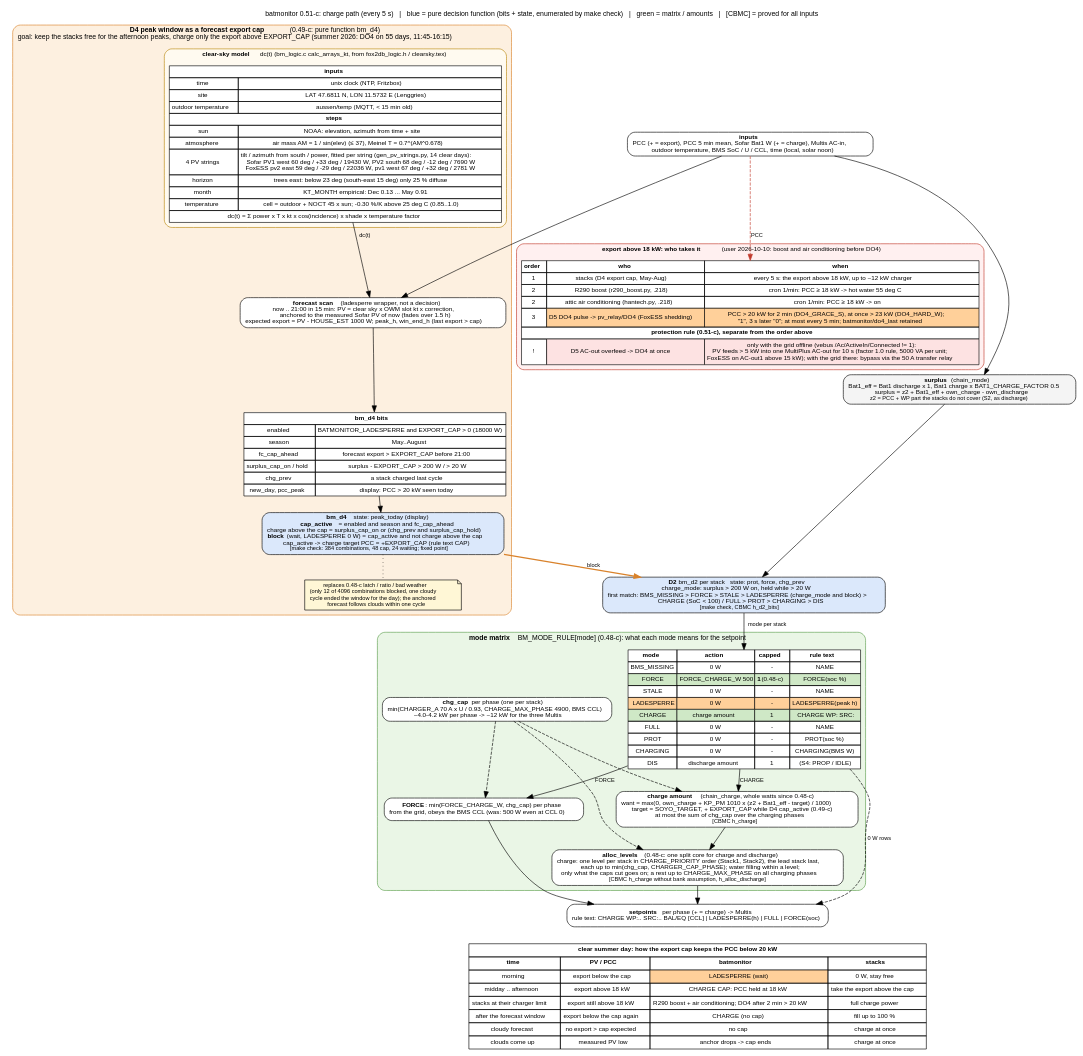
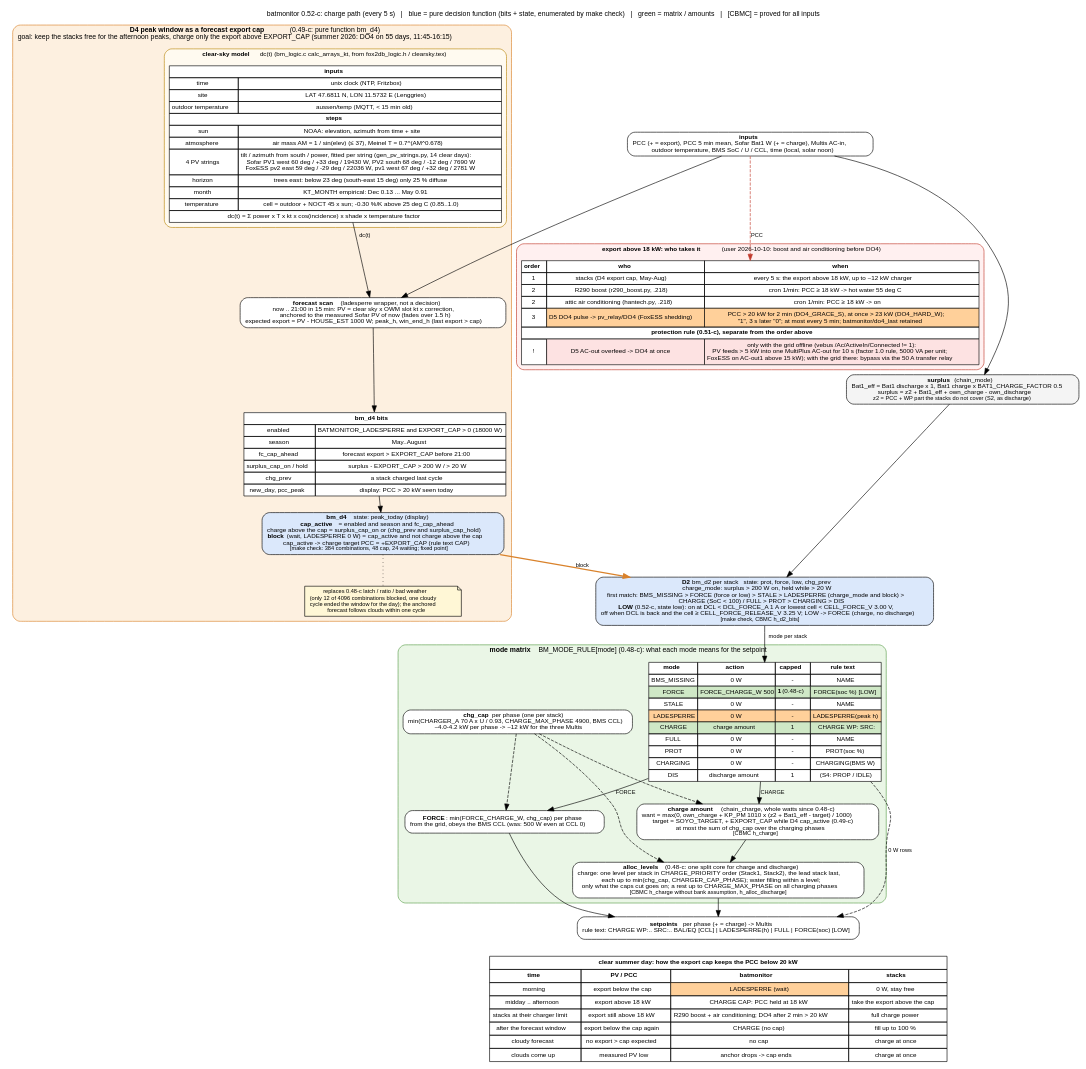
The diagram in docs/charge_flow.dot (gerontec/victron), drawn with Graphviz before and after one commit. The commit also changed 8 other files, not shown here.

Commit message:
docs: flow charts for batmonitor 0.52-c - lowest cell input, D2 state low, FORCE = SoC force or LOW (DCL 0 / cell < 3.00 V, release DCL back and cell >= 3.25 V)

```diff
--- a/docs/charge_flow.dot
+++ b/docs/charge_flow.dot
@@ -1,123 +1,123 @@
-// batmonitor 0.51-c: charge path of one cycle as decision matrices, with the summer peak window (D4 LADESPERRE)
+// batmonitor 0.52-c: charge path of one cycle as decision matrices, with the summer peak window (D4 LADESPERRE)
 // that keeps the stacks free in the morning so they take the midday PV and the PCC export stays below 20 kW.
 // render: dot -Tpdf charge_flow.dot -o charge_flow.pdf   (or -Tpng)
 digraph charge {
 	graph [rankdir=TB, fontname="Helvetica", fontsize=11, nodesep=0.35, ranksep=0.35, newrank=true,
-		   label="batmonitor 0.51-c: charge path (every 5 s)   |   blue = pure decision function (bits + state, enumerated by make check)   |   green = matrix / amounts   |   [CBMC] = proved for all inputs",
+		   label="batmonitor 0.52-c: charge path (every 5 s)   |   blue = pure decision function (bits + state, enumerated by make check)   |   green = matrix / amounts   |   [CBMC] = proved for all inputs",
 		   labelloc=t];
 	node [shape=box, style="rounded,filled", fillcolor="#f4f4f4", fontname="Helvetica", fontsize=10];
 	edge [fontname="Helvetica", fontsize=9];
 
 	in [label=<<b>inputs</b><br/>PCC (+ = export), PCC 5 min mean, Sofar Bat1 W (+ = charge), Multis AC-in,<br/>outdoor temperature, BMS SoC / U / CCL, time (local, solar noon)>, fillcolor="#ffffff"];
 
 	surplus [label=<<b>surplus</b> (chain_mode)<br/>Bat1_eff = Bat1 discharge x 1, Bat1 charge x BAT1_CHARGE_FACTOR 0.5<br/>surplus = z2 + Bat1_eff + own_charge - own_discharge<br/><font point-size="9">z2 = PCC + WP part the stacks do not cover (S2, as discharge)</font>>];
 
 	subgraph cluster_d4 {
 		label=<<b>D4 peak window as a forecast export cap</b> (0.49-c: pure function bm_d4)<br/>goal: keep the stacks free for the afternoon peaks, charge only the export above EXPORT_CAP (summer 2026: DO4 on 55 days, 11:45-16:15)>;
 		style="rounded,filled"; fillcolor="#fdf0e0"; color="#d9822b"; fontsize=11;
 		subgraph cluster_sky {
 			label=<<b>clear-sky model</b> dc(t) (bm_logic.c calc_arrays_kt, from fox2db_logic.h / clearsky.tex)>;
 			style="rounded,filled"; fillcolor="#fffaf0"; color="#b8860b"; fontsize=10;
 			sky [shape=plain, label=<
 				<table border="0" cellborder="1" cellspacing="0" cellpadding="3" bgcolor="#ffffff">
 				<tr><td colspan="2"><b>inputs</b></td></tr>
 				<tr><td>time</td><td>unix clock (NTP, Fritzbox)</td></tr>
 				<tr><td>site</td><td>LAT 47.6811 N, LON 11.5732 E (Lenggries)</td></tr>
 				<tr><td>outdoor temperature</td><td>aussen/temp (MQTT, &lt; 15 min old)</td></tr>
 				<tr><td colspan="2"><b>steps</b></td></tr>
 				<tr><td>sun</td><td>NOAA: elevation, azimuth from time + site</td></tr>
 				<tr><td>atmosphere</td><td>air mass AM = 1 / sin(elev) (&le; 37), Meinel T = 0.7^(AM^0.678)</td></tr>
 				<tr><td>4 PV strings</td><td>tilt / azimuth from south / power, fitted per string (gen_pv_strings.py, 14 clear days):<br/>Sofar PV1 west 60 deg / +33 deg / 19430 W, PV2 south 68 deg / -12 deg / 7690 W<br/>FoxESS pv2 east 59 deg / -29 deg / 22036 W, pv1 west 67 deg / +32 deg / 2781 W</td></tr>
 				<tr><td>horizon</td><td>trees east: below 23 deg (south-east 15 deg) only 25 % diffuse</td></tr>
 				<tr><td>month</td><td>KT_MONTH empirical: Dec 0.13 ... May 0.91</td></tr>
 				<tr><td>temperature</td><td>cell = outdoor + NOCT 45 x sun; -0.30 %/K above 25 deg C (0.85..1.0)</td></tr>
 				<tr><td colspan="2">dc(t) = &Sigma; power x T x kt x cos(incidence) x shade x temperature factor</td></tr>
 				</table>>];
 		}
 		model [label=<<b>forecast scan</b> (ladesperre wrapper, not a decision)<br/>now .. 21:00 in 15 min: PV = clear sky x OWM slot kt x correction,<br/>anchored to the measured Sofar PV of now (fades over 1.5 h)<br/>expected export = PV - HOUSE_EST 1000 W; peak_h, win_end_h (last export &gt; cap)>, fillcolor="#ffffff"];
 		sky -> model [label=" dc(t)"];
 		d4bits [shape=plain, label=<
 			<table border="0" cellborder="1" cellspacing="0" cellpadding="3" bgcolor="#ffffff">
 			<tr><td colspan="2"><b>bm_d4 bits</b></td></tr>
 			<tr><td>enabled</td><td>BATMONITOR_LADESPERRE and EXPORT_CAP &gt; 0 (18000 W)</td></tr>
 			<tr><td>season</td><td>May..August</td></tr>
 			<tr><td>fc_cap_ahead</td><td>forecast export &gt; EXPORT_CAP before 21:00</td></tr>
 			<tr><td>surplus_cap_on / hold</td><td>surplus - EXPORT_CAP &gt; 200 W / &gt; 20 W</td></tr>
 			<tr><td>chg_prev</td><td>a stack charged last cycle</td></tr>
 			<tr><td>new_day, pcc_peak</td><td>display: PCC &gt; 20 kW seen today</td></tr>
 			</table>>];
 		d4 [label=<<b>bm_d4</b>   state: peak_today (display)<br/><b>cap_active</b> = enabled and season and fc_cap_ahead<br/>charge above the cap = surplus_cap_on or (chg_prev and surplus_cap_hold)<br/><b>block</b> (wait, LADESPERRE 0 W) = cap_active and not charge above the cap<br/>cap_active -&gt; charge target PCC = +EXPORT_CAP (rule text CAP)<br/><font point-size="9">[make check: 384 combinations, 48 cap, 24 waiting; fixed point]</font>>, fillcolor="#dbe8fb"];
 		note_ls [shape=note, fillcolor="#fff7d6", fontsize=9, label=<replaces 0.48-c latch / ratio / bad weather<br/>(only 12 of 4096 combinations blocked, one cloudy<br/>cycle ended the window for the day); the anchored<br/>forecast follows clouds within one cycle>];
 		model -> d4bits -> d4;
 		d4 -> note_ls [style=dotted, arrowhead=none];
 	}
 
-	d2 [label=<<b>D2</b> bm_d2 per stack   state: prot, force, chg_prev<br/>charge_mode: surplus &gt; 200 W on, held while &gt; 20 W<br/>first match: BMS_MISSING &gt; FORCE &gt; STALE &gt; LADESPERRE (charge_mode and block) &gt;<br/>CHARGE (SoC &lt; 100) / FULL &gt; PROT &gt; CHARGING &gt; DIS<br/><font point-size="9">[make check, CBMC h_d2_bits]</font>>, fillcolor="#dbe8fb"];
+	d2 [label=<<b>D2</b> bm_d2 per stack   state: prot, force, low, chg_prev<br/>charge_mode: surplus &gt; 200 W on, held while &gt; 20 W<br/>first match: BMS_MISSING &gt; FORCE (force or low) &gt; STALE &gt; LADESPERRE (charge_mode and block) &gt;<br/>CHARGE (SoC &lt; 100) / FULL &gt; PROT &gt; CHARGING &gt; DIS<br/><b>LOW</b> (0.52-c, state low): on at DCL &lt; DCL_FORCE_A 1 A or lowest cell &lt; CELL_FORCE_V 3.00 V,<br/>off when DCL is back and the cell &ge; CELL_FORCE_RELEASE_V 3.25 V; LOW -&gt; FORCE (charge, no discharge)<br/><font point-size="9">[make check, CBMC h_d2_bits]</font>>, fillcolor="#dbe8fb"];
 
 	subgraph cluster_mode {
 		label=<<b>mode matrix</b> BM_MODE_RULE[mode] (0.48-c): what each mode means for the setpoint>;
 		style="rounded,filled"; fillcolor="#eaf6e6"; color="#5a9e4b"; fontsize=11;
 		mrule [shape=plain, label=<
 			<table border="0" cellborder="1" cellspacing="0" cellpadding="3" bgcolor="#ffffff">
 			<tr><td><b>mode</b></td><td><b>action</b></td><td><b>capped</b></td><td><b>rule text</b></td></tr>
 			<tr><td>BMS_MISSING</td><td>0 W</td><td>-</td><td>NAME</td></tr>
-			<tr><td bgcolor="#cfe8c6">FORCE</td><td bgcolor="#cfe8c6">FORCE_CHARGE_W 500</td><td bgcolor="#cfe8c6"><b>1</b> (0.48-c)</td><td bgcolor="#cfe8c6">FORCE(soc %)</td></tr>
+			<tr><td bgcolor="#cfe8c6">FORCE</td><td bgcolor="#cfe8c6">FORCE_CHARGE_W 500</td><td bgcolor="#cfe8c6"><b>1</b> (0.48-c)</td><td bgcolor="#cfe8c6">FORCE(soc %) [LOW]</td></tr>
 			<tr><td>STALE</td><td>0 W</td><td>-</td><td>NAME</td></tr>
 			<tr><td bgcolor="#ffd09a">LADESPERRE</td><td bgcolor="#ffd09a">0 W</td><td bgcolor="#ffd09a">-</td><td bgcolor="#ffd09a">LADESPERRE(peak h)</td></tr>
 			<tr><td bgcolor="#cfe8c6">CHARGE</td><td bgcolor="#cfe8c6">charge amount</td><td bgcolor="#cfe8c6">1</td><td bgcolor="#cfe8c6">CHARGE WP: SRC:</td></tr>
 			<tr><td>FULL</td><td>0 W</td><td>-</td><td>NAME</td></tr>
 			<tr><td>PROT</td><td>0 W</td><td>-</td><td>PROT(soc %)</td></tr>
 			<tr><td>CHARGING</td><td>0 W</td><td>-</td><td>CHARGING(BMS W)</td></tr>
 			<tr><td>DIS</td><td>discharge amount</td><td>1</td><td>(S4: PROP / IDLE)</td></tr>
 			</table>>];
 		force [label=<<b>FORCE</b>: min(FORCE_CHARGE_W, chg_cap) per phase<br/>from the grid, obeys the BMS CCL (was: 500 W even at CCL 0)>, fillcolor="#ffffff"];
 		amount [label=<<b>charge amount</b> (chain_charge, whole watts since 0.48-c)<br/>want = max(0, own_charge + KP_PM 1010 x (z2 + Bat1_eff - target) / 1000)<br/>target = SOYO_TARGET, + EXPORT_CAP while D4 cap_active (0.49-c)<br/>at most the sum of chg_cap over the charging phases<br/><font point-size="9">[CBMC h_charge]</font>>, fillcolor="#ffffff"];
 		caps [label=<<b>chg_cap</b> per phase (one per stack)<br/>min(CHARGER_A 70 A x U / 0.93, CHARGE_MAX_PHASE 4900, BMS CCL)<br/>~4.0-4.2 kW per phase -&gt; ~12 kW for the three Multis>, fillcolor="#ffffff"];
 		alloc [label=<<b>alloc_levels</b> (0.48-c: one split core for charge and discharge)<br/>charge: one level per stack in CHARGE_PRIORITY order (Stack1, Stack2), the lead stack last,<br/>each up to min(chg_cap, CHARGER_CAP_PHASE); water filling within a level;<br/>only what the caps cut goes on; a rest up to CHARGE_MAX_PHASE on all charging phases<br/><font point-size="9">[CBMC h_charge without bank assumption, h_alloc_discharge]</font>>, fillcolor="#ffffff"];
 		mrule -> force [label=" FORCE"];
 		mrule -> amount [label=" CHARGE"];
 		caps -> amount [style=dashed];
 		caps -> alloc [style=dashed];
 		caps -> force [style=dashed];
 		amount -> alloc;
 	}
 
 	subgraph cluster_prio {
 		label=<<b>export above 18 kW: who takes it</b> (user 2026-10-10: boost and air conditioning before DO4)>;
 		style="rounded,filled"; fillcolor="#fff0f0"; color="#c0392b"; fontsize=10;
 		prio [shape=plain, label=<
 			<table border="0" cellborder="1" cellspacing="0" cellpadding="3" bgcolor="#ffffff">
 			<tr><td><b>order</b></td><td><b>who</b></td><td><b>when</b></td></tr>
 			<tr><td>1</td><td>stacks (D4 export cap, May-Aug)</td><td>every 5 s: the export above 18 kW, up to ~12 kW charger</td></tr>
 			<tr><td>2</td><td>R290 boost (r290_boost.py, .218)</td><td>cron 1/min: PCC &ge; 18 kW -&gt; hot water 55 deg C</td></tr>
 			<tr><td>2</td><td>attic air conditioning (hantech.py, .218)</td><td>cron 1/min: PCC &ge; 18 kW -&gt; on</td></tr>
 			<tr><td>3</td><td bgcolor="#ffd09a">D5 DO4 pulse -&gt; pv_relay/DO4 (FoxESS shedding)</td><td bgcolor="#ffd09a">PCC &gt; 20 kW for 2 min (DO4_GRACE_S), at once &gt; 23 kW (DO4_HARD_W);<br/>"1", 3 s later "0"; at most every 5 min; batmonitor/do4_last retained</td></tr>
 			<tr><td colspan="3"><b>protection rule (0.51-c), separate from the order above</b></td></tr>
 			<tr><td>!</td><td bgcolor="#fde2e2">D5 AC-out overfeed -&gt; DO4 at once</td><td bgcolor="#fde2e2">only with the grid offline (vebus /Ac/ActiveIn/Connected != 1):<br/>PV feeds &gt; 5 kW into one MultiPlus AC-out for 10 s (factor 1.0 rule, 5000 VA per unit;<br/>FoxESS on AC-out1 above 15 kW); with the grid there: bypass via the 50 A transfer relay</td></tr>
 			</table>>];
 	}
 
-	out [label=<<b>setpoints</b> per phase (+ = charge) -&gt; Multis<br/>rule text: CHARGE WP:.. SRC:.. BAL/EQ [CCL] | LADESPERRE(h) | FULL | FORCE(soc)>, fillcolor="#ffffff"];
+	out [label=<<b>setpoints</b> per phase (+ = charge) -&gt; Multis<br/>rule text: CHARGE WP:.. SRC:.. BAL/EQ [CCL] | LADESPERRE(h) | FULL | FORCE(soc) [LOW]>, fillcolor="#ffffff"];
 
 	timeline [shape=plain, label=<
 		<table border="0" cellborder="1" cellspacing="0" cellpadding="4" bgcolor="#ffffff">
 		<tr><td colspan="4"><b>clear summer day: how the export cap keeps the PCC below 20 kW</b></td></tr>
 		<tr><td><b>time</b></td><td><b>PV / PCC</b></td><td><b>batmonitor</b></td><td><b>stacks</b></td></tr>
 		<tr><td>morning</td><td>export below the cap</td><td bgcolor="#ffd09a">LADESPERRE (wait)</td><td>0 W, stay free</td></tr>
 		<tr><td>midday .. afternoon</td><td>export above 18 kW</td><td>CHARGE CAP: PCC held at 18 kW</td><td>take the export above the cap</td></tr>
 		<tr><td>stacks at their charger limit</td><td>export still above 18 kW</td><td>R290 boost + air conditioning; DO4 after 2 min &gt; 20 kW</td><td>full charge power</td></tr>
 		<tr><td>after the forecast window</td><td>export below the cap again</td><td>CHARGE (no cap)</td><td>fill up to 100 %</td></tr>
 		<tr><td>cloudy forecast</td><td>no export &gt; cap expected</td><td>no cap</td><td>charge at once</td></tr>
 		<tr><td>clouds come up</td><td>measured PV low</td><td>anchor drops -&gt; cap ends</td><td>charge at once</td></tr>
 		</table>>];
 
 	in -> surplus -> d2;
 	in -> model;
 	in -> prio [style=dashed, label=" PCC", color="#c0392b"];
 	d4 -> d2 [color="#d9822b", penwidth=2, label=" block"];
 	d2 -> mrule [label=" mode per stack"];
 	force -> out;
 	alloc -> out;
 	mrule -> out [label=" 0 W rows", style=dashed];
 	out -> timeline [style=invis];
 }
```
